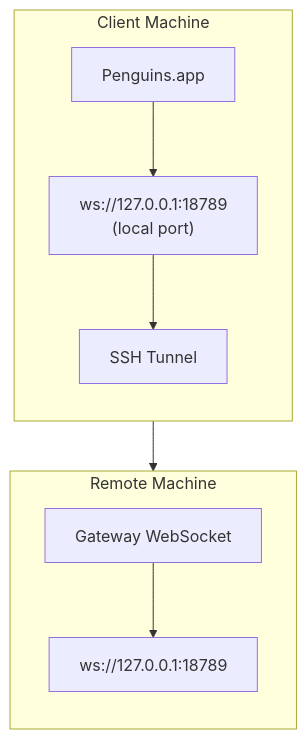
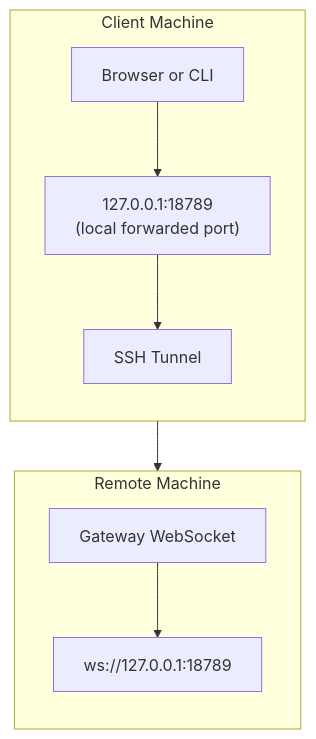
The diagram in docs/gateway/remote-gateway-readme.md (lalomorales22/penguins), drawn with Mermaid before and after one commit. The commit also changed other lines of this file and 447 other files, not shown here.

````diff
--- a/docs/gateway/remote-gateway-readme.md
+++ b/docs/gateway/remote-gateway-readme.md
@@ -13,20 +14,20 @@
 ```mermaid
 flowchart TB
     subgraph Client["Client Machine"]
         direction TB
-        A["Penguins.app"]
-        B["ws://127.0.0.1:18789\n(local port)"]
+        A["Browser or CLI"]
+        B["127.0.0.1:18789\n(local forwarded port)"]
         T["SSH Tunnel"]
 
         A --> B
         B --> T
     end
     subgraph Remote["Remote Machine"]
         direction TB
         C["Gateway WebSocket"]
         D["ws://127.0.0.1:18789"]
 
         C --> D
     end
     T --> C
 ```
````
